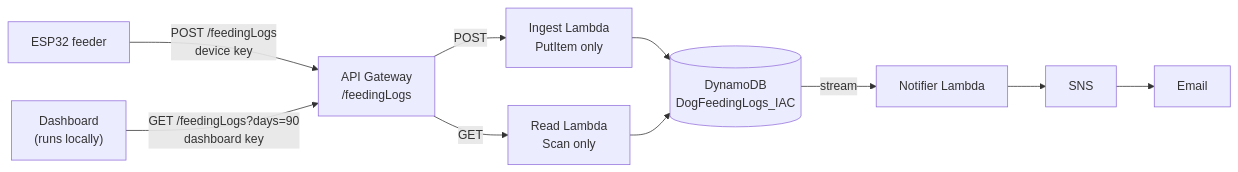
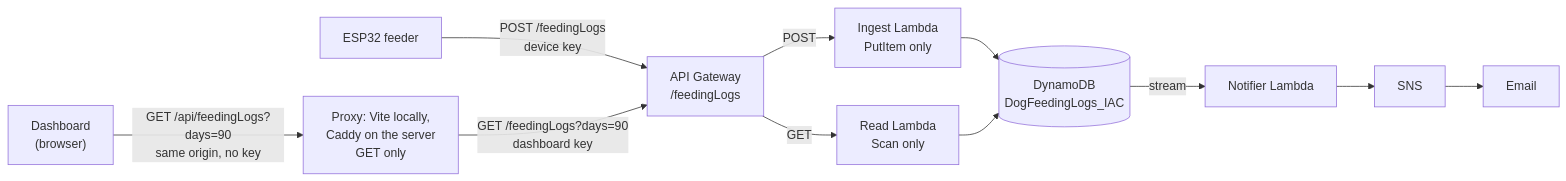
Before and after one commit to isaacrea/dog-feeder: the diagram in README.md, drawn with Mermaid. The commit also changed other lines of this file and 8 other files, not shown here.

First line of the commit message:
Harden the dashboard API proxy and update docs for it

````diff
--- a/README.md
+++ b/README.md
@@ -36,11 +36,12 @@
 ```mermaid
 flowchart LR
   device["ESP32 feeder"] -- "POST /feedingLogs<br/>device key" --> api["API Gateway<br/>/feedingLogs"]
-  dash["Dashboard<br/>(runs locally)"] -- "GET /feedingLogs?days=90<br/>dashboard key" --> api
+  dash["Dashboard<br/>(browser)"] -- "GET /api/feedingLogs?days=90<br/>same origin, no key" --> proxy["Proxy: Vite locally,<br/>Caddy on the server<br/>GET only"]
+  proxy -- "GET /feedingLogs?days=90<br/>dashboard key" --> api
   api -- POST --> ingest["Ingest Lambda<br/>PutItem only"]
   api -- GET --> read["Read Lambda<br/>Scan only"]
   ingest --> table[("DynamoDB<br/>DogFeedingLogs_IAC")]
   read --> table
   table -- stream --> notifier["Notifier Lambda"]
   notifier --> sns["SNS"] --> email["Email"]
 ```
````
